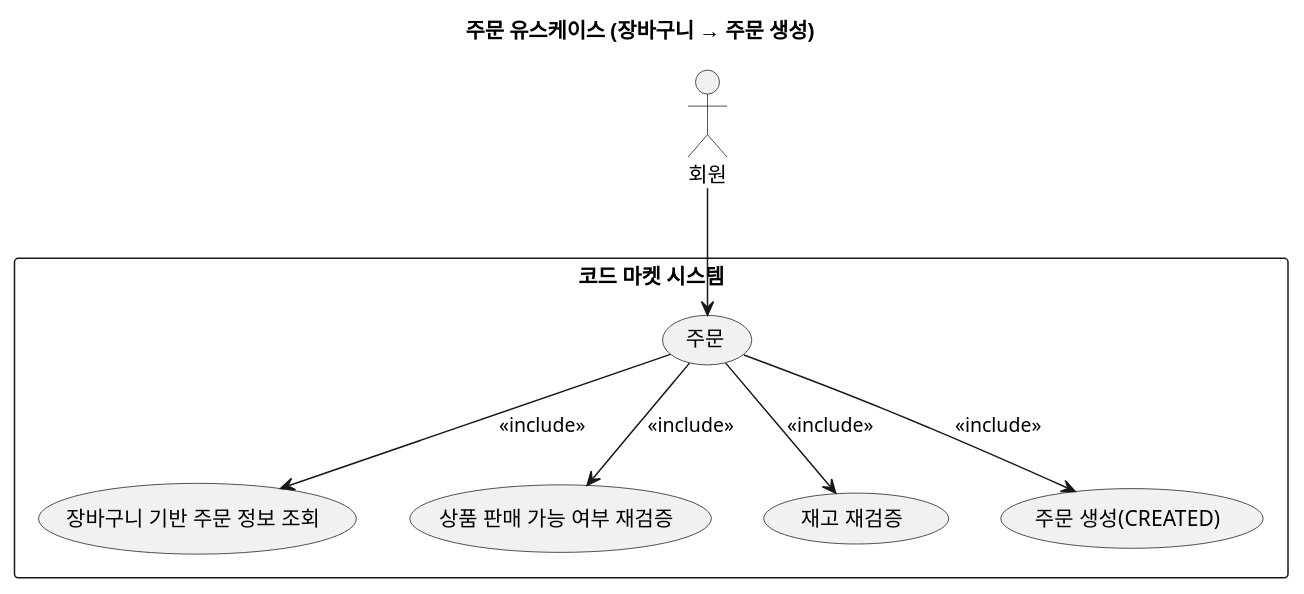
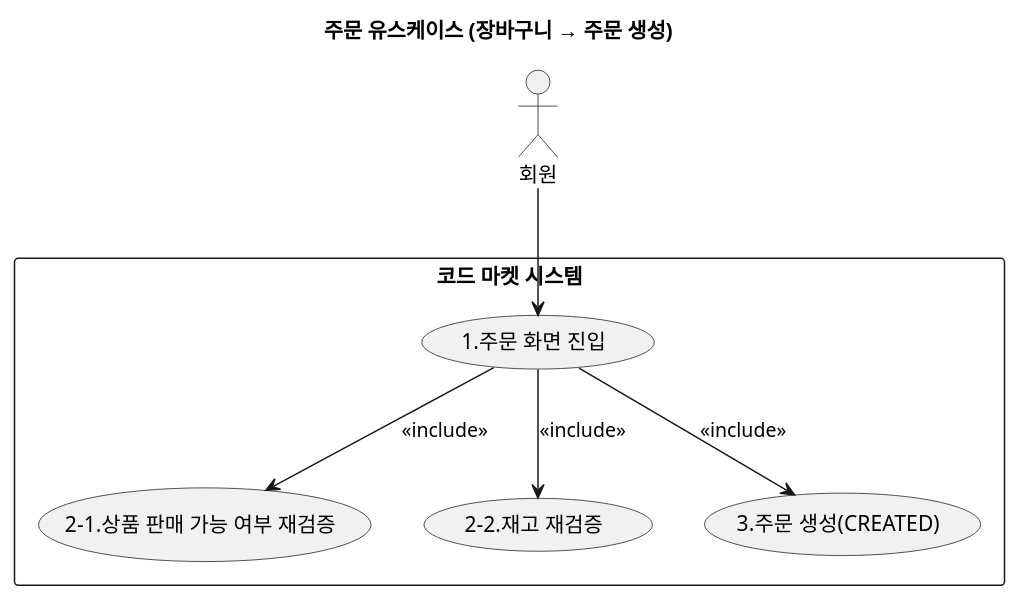
The diagram in docs/usecase/usecase_order.puml (f-lab-edu/code-market), drawn with PlantUML before and after one commit. The commit also changed 9 other files, not shown here.

Commit message:
docs(usecase): 사용자 시나리오 기능별 번호와 유스케이스 다이어그램 번호 매핑

```diff
--- a/docs/usecase/usecase_order.puml
+++ b/docs/usecase/usecase_order.puml
@@ -1,23 +1,20 @@
 @startuml
 title 주문 유스케이스 (장바구니 → 주문 생성)
 
 actor "회원" as Member
 
 rectangle "코드 마켓 시스템" {
-
-  usecase "주문" as UC_Order
-
-  usecase "장바구니 기반 주문 정보 조회" as UC_PrepareOrderInfo
-  usecase "상품 판매 가능 여부 재검증" as UC_RecheckSellable
-  usecase "재고 재검증" as UC_RecheckStock
-  usecase "주문 생성(CREATED)" as UC_CreateOrder
+'사용자 시나리오 (user_scenario.md 파일)의 기능별 시나리오 번호와 해당 다이어그램의 번호는 매핑되어 있습니다
+  usecase "1.주문 화면 진입" as UC_Order
+  usecase "2-1.상품 판매 가능 여부 재검증" as UC_RecheckSellable
+  usecase "2-2.재고 재검증" as UC_RecheckStock
+  usecase "3.주문 생성(CREATED)" as UC_CreateOrder
 }
 
 Member --> UC_Order
 
-UC_Order --> UC_PrepareOrderInfo : <<include>>
 UC_Order --> UC_RecheckSellable : <<include>>
 UC_Order --> UC_RecheckStock : <<include>>
 UC_Order --> UC_CreateOrder : <<include>>
 
 @enduml
```
